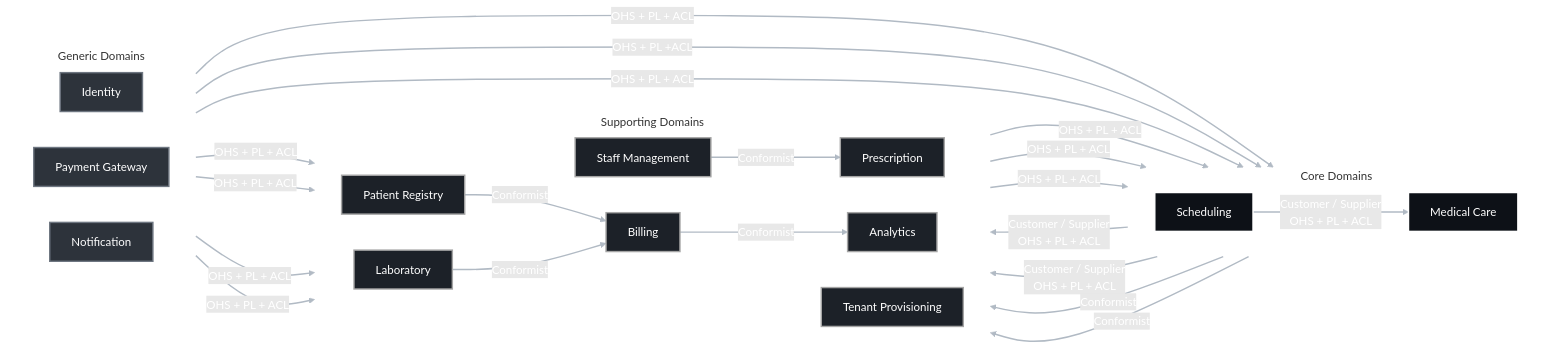
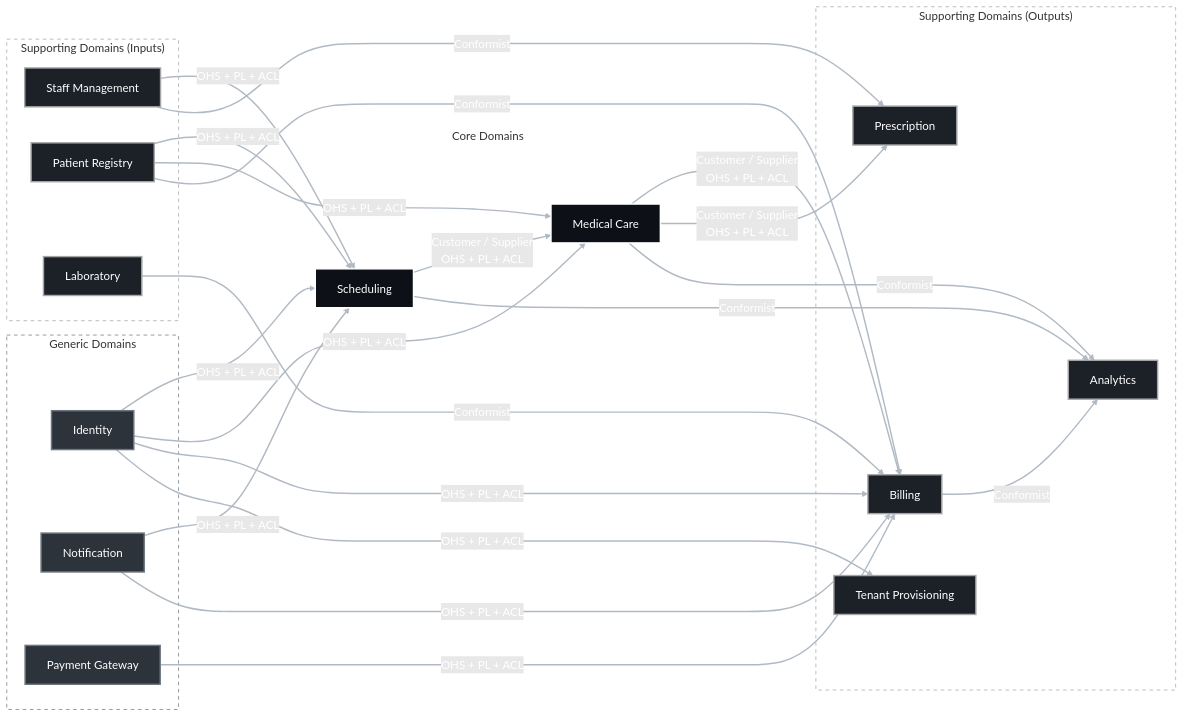
The diagram in docs/domain-driven-design.md (0x1args/HauteCouture), drawn with Mermaid (forest theme) before and after one commit.

Commit message:
New context map design

````diff
--- a/docs/domain-driven-design.md
+++ b/docs/domain-driven-design.md
@@ -72,68 +72,70 @@
 ```mermaid
 flowchart LR
 
+subgraph UPSTREAM["Supporting Domains (Inputs)"]
+    Staff["Staff Management"]
+    PR["Patient Registry"]
+    Lab["Laboratory"]
+end
+
+subgraph GENERIC["Generic Domains"]
+    Id["Identity"]
+    Notif["Notification"]
+    Pay["Payment Gateway"]
+end
+
 subgraph CORE["Core Domains"]
-direction LR
     Sched["Scheduling"]
     MC["Medical Care"]
 end
 
-subgraph SUPPORT["Supporting Domains"]
-direction LR
-    PR["Patient Registry"]
-    Staff["Staff Management"]
+subgraph DOWNSTREAM["Supporting Domains (Outputs)"]
+    Tenant["Tenant Provisioning"]
     Presc["Prescription"]
     Bill["Billing"]
-    Lab["Laboratory"]
-    Tenant["Tenant Provisioning"]
     Analytics["Analytics"]
 end
 
-subgraph GENERIC["Generic Domains"]
-direction LR
-    Id["Identity"]
-    Pay["Payment Gateway"]
-    Notif["Notification"]
-end
+Staff -->|OHS + PL + ACL| Sched
+Staff -->|Conformist| Presc
 
-Staff -->|OHS + PL + ACL| Sched
 PR -->|OHS + PL + ACL| Sched
 PR -->|OHS + PL + ACL| MC
+PR -->|Conformist| Bill
+
+Lab -->|Conformist| Bill
+
+Id -->|OHS + PL + ACL| Sched
+Id -->|OHS + PL + ACL| MC
+Id -->|OHS + PL + ACL| Bill
+Id -->|OHS + PL + ACL| Tenant
+
+Notif -->|OHS + PL + ACL| Sched
+Notif -->|OHS + PL + ACL| Bill
+
+Pay -->|OHS + PL + ACL| Bill
 
 Sched -->|Customer / Supplier<br/>OHS + PL + ACL| MC
+Sched -->|Conformist| Analytics
 
 MC -->|Customer / Supplier<br/>OHS + PL + ACL| Bill
 MC -->|Customer / Supplier<br/>OHS + PL + ACL| Presc
+MC -->|Conformist| Analytics
 
-PR -->|Conformist| Bill
-Staff -->|Conformist| Presc
-Lab -->|Conformist| Bill
-
-
-Id -->|OHS + PL + ACL| Sched
-Id -->|OHS + PL +ACL| MC
-
-Id -->|OHS + PL + ACL| Bill
-Id -->|OHS + PL + ACL| Tenant
-Pay -->|OHS + PL + ACL| Bill
-Notif -->|OHS + PL + ACL| Sched
-Notif -->|OHS + PL + ACL| Bill
-
-Sched -->|Conformist| Analytics
-MC -->|Conformist| Analytics
 Bill -->|Conformist| Analytics
 
 classDef core fill:#0D1117,color:#FFFFFF,stroke:#FFFFFF,stroke-width:2px;
 classDef support fill:#1C2128,color:#FFFFFF,stroke:#A5A5A5,stroke-width:2px;
 classDef generic fill:#2D333B,color:#FFFFFF,stroke:#6E7681,stroke-width:2px;
 
 class Sched,MC core;
 class PR,Staff,Presc,Bill,Lab,Tenant,Analytics support;
 class Id,Pay,Notif generic;
 
-style CORE fill:none,stroke:none
-style SUPPORT fill:none,stroke:none
-style GENERIC fill:none,stroke:none
+style UPSTREAM fill:none,stroke:#A5A5A5,stroke-width:1px,stroke-dasharray: 5 5
+style DOWNSTREAM fill:none,stroke:#A5A5A5,stroke-width:1px,stroke-dasharray: 5 5
+style CORE fill:none,stroke:#FFFFFF,stroke-width:1px,stroke-dasharray: 5 5
+style GENERIC fill:none,stroke:#6E7681,stroke-width:1px,stroke-dasharray: 5 5
 
 linkStyle default stroke:#B1BAC4,stroke-width:2px,color:#FFFFFF
 ```
````
